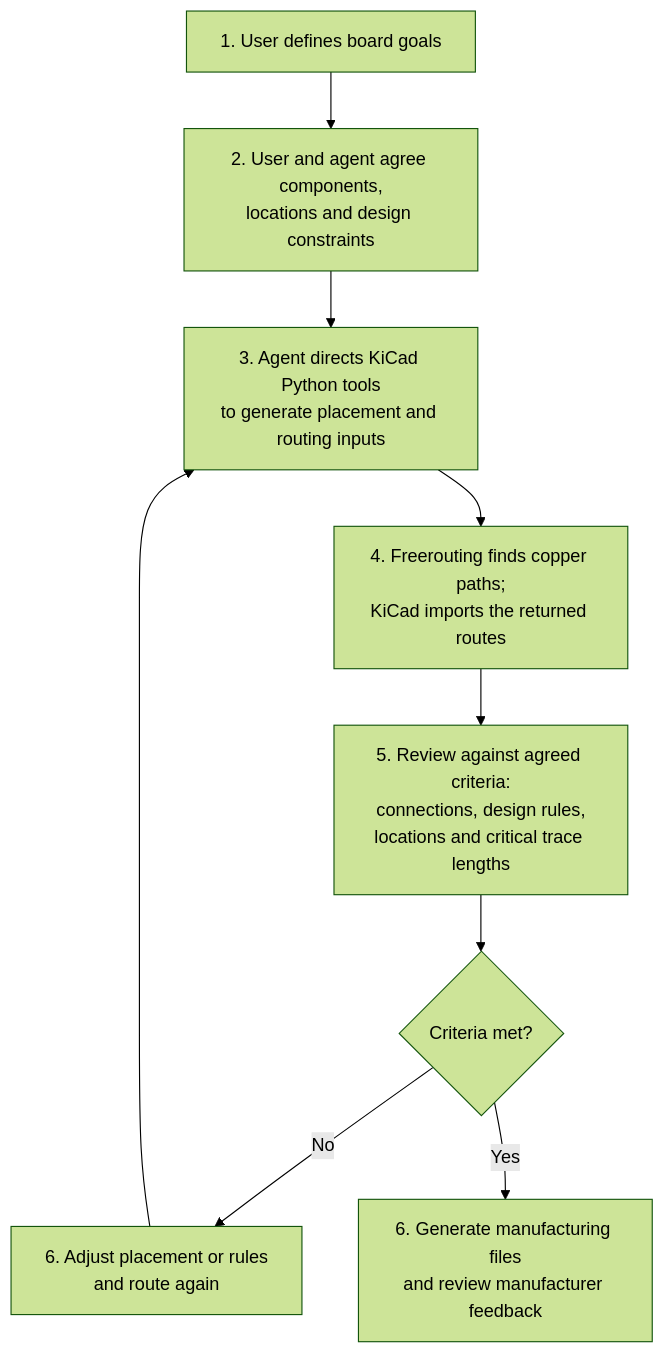
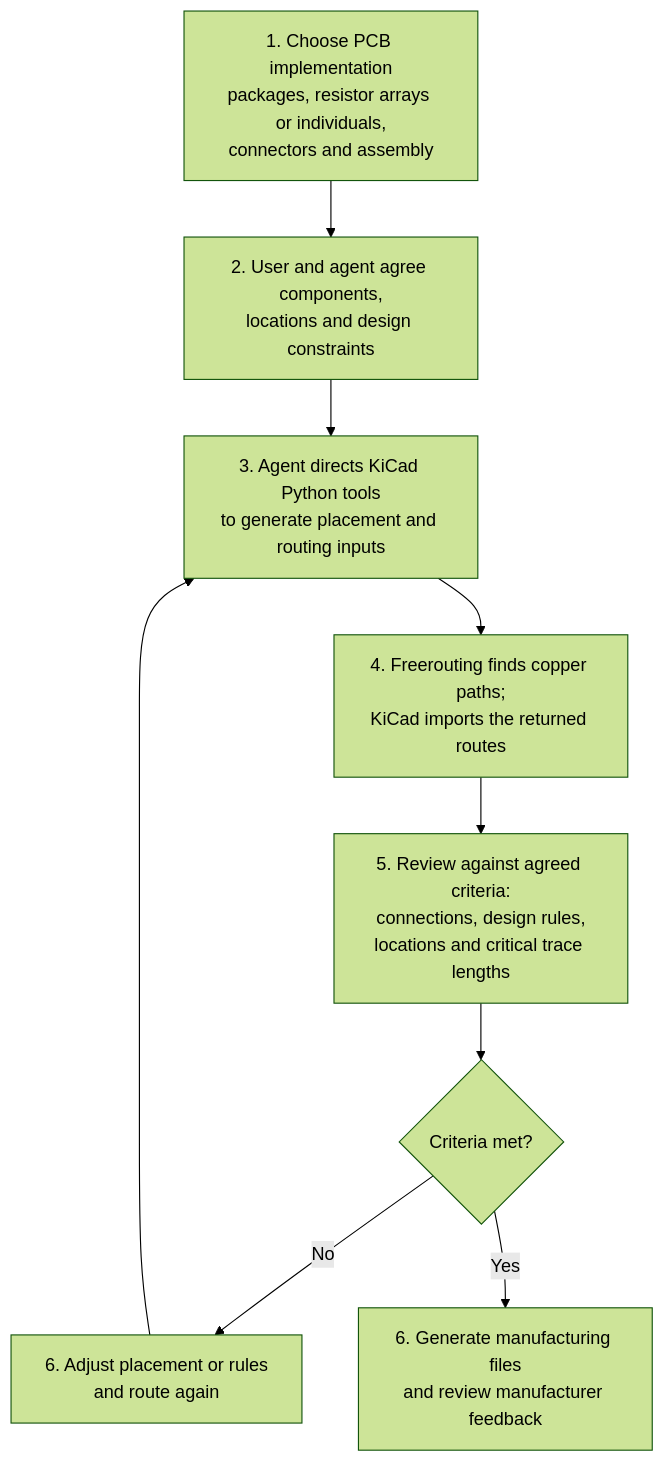
Before and after one commit to gloveboxes/Z80ROMlessSBC: the diagram in docs/docs/en/pcb/layout-process.md, drawn with Mermaid (forest theme). The commit also changed other lines of this file, not shown here.

````diff
--- a/docs/docs/en/pcb/layout-process.md
+++ b/docs/docs/en/pcb/layout-process.md
@@ -27,15 +28,15 @@
 ```mermaid
 flowchart TD
-    A["1. User defines board goals"]
+    A["1. Choose PCB implementation<br/>packages, resistor arrays or individuals,<br/>connectors and assembly"]
     B["2. User and agent agree components,<br/>locations and design constraints"]
     C["3. Agent directs KiCad Python tools<br/>to generate placement and routing inputs"]
     D["4. Freerouting finds copper paths;<br/>KiCad imports the returned routes"]
     E["5. Review against agreed criteria:<br/>connections, design rules,<br/>locations and critical trace lengths"]
     F{"Criteria met?"}
     G["6. Adjust placement or rules<br/>and route again"]
     H["6. Generate manufacturing files<br/>and review manufacturer feedback"]
 
     A --> B --> C --> D --> E --> F
     F -- "No" --> G --> C
     F -- "Yes" --> H
 ```
````
